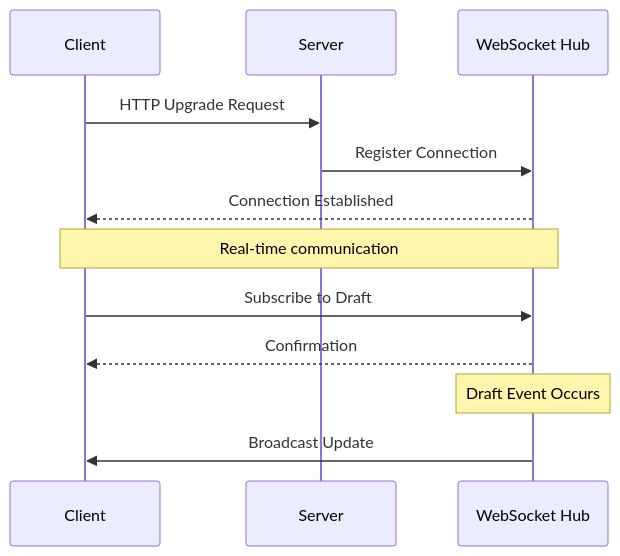
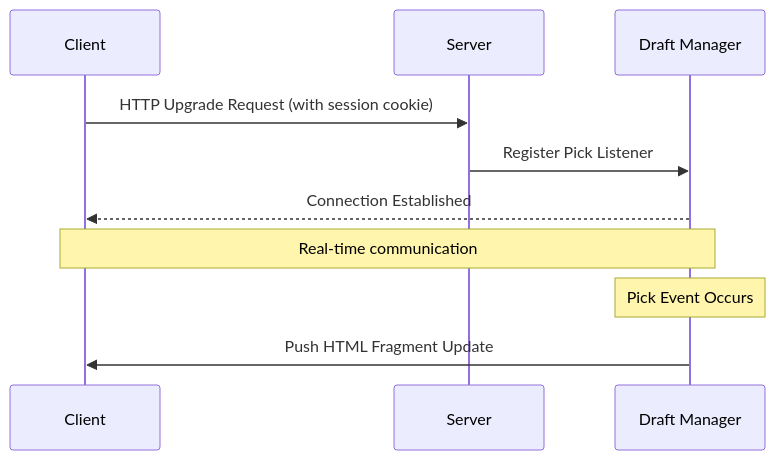
One commit to squirlemaster42/fantasy-frc-web changed the first of 2 diagrams in docs/api/websocket-api.md. Above: the diagram before and after it, drawn with Mermaid. The commit also changed other lines of this file and 35 other files, not shown here.

````diff
--- a/docs/api/websocket-api.md
+++ b/docs/api/websocket-api.md
@@ -16,18 +21,15 @@
 ```mermaid
 sequenceDiagram
     participant C as Client
     participant S as Server
-    participant H as WebSocket Hub
+    participant DM as Draft Manager
     
-    C->>S: HTTP Upgrade Request
-    S->>H: Register Connection
-    H-->>C: Connection Established
+    C->>S: HTTP Upgrade Request (with session cookie)
+    S->>DM: Register Pick Listener
+    DM-->>C: Connection Established
     
-    Note over C,H: Real-time communication
+    Note over C,DM: Real-time communication
     
-    C->>H: Subscribe to Draft
-    H-->>C: Confirmation
-    
-    Note over H: Draft Event Occurs
-    H->>C: Broadcast Update
+    Note over DM: Pick Event Occurs
+    DM->>C: Push HTML Fragment Update
 ```
````
